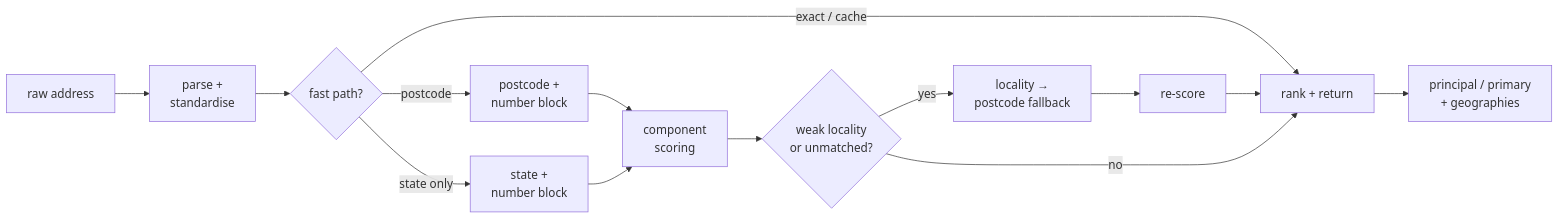
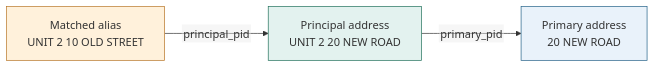
Before and after one commit to KyleHaynes/gnafr: the fourth of 5 diagrams in slides/gnafr-overview.qmd, drawn with Mermaid. The commit also changed other lines of this file and 38 other files, not shown here.

````diff
--- a/slides/gnafr-overview.qmd
+++ b/slides/gnafr-overview.qmd
@@ -301,16 +590,12 @@
 ```{mermaid}
-%%| fig-height: 5.0
-%%{init: {'themeVariables': {'fontSize': '17px'}}}%%
+%%| eval: true
+%%| echo: false
+%%| fig-height: 2.7
+%%{init: {'flowchart': {'htmlLabels': false}}}%%
 flowchart LR
-  A["raw address"] --> B["parse +<br/>standardise"]
-  B --> C{"fast path?"}
-  C -->|exact / cache| G["rank + return"]
-  C -->|postcode| D["postcode +<br/>number block"]
-  C -->|state only| E["state +<br/>number block"]
-  D --> F["component<br/>scoring"]
-  E --> F
-  F --> H{"weak locality<br/>or unmatched?"}
-  H -->|yes| I["locality →<br/>postcode fallback"] --> J["re-score"] --> G
-  H -->|no| G
-  G --> K["principal / primary<br/>+ geographies"]
+  A["Matched alias<br/>UNIT 2 10 OLD STREET"] -->|principal_pid| B["Principal address<br/>UNIT 2 20 NEW ROAD"]
+  B -->|primary_pid| C["Primary address<br/>20 NEW ROAD"]
+  style A fill:#fff1db,stroke:#b77526
+  style B fill:#e3f2ef,stroke:#21705b
+  style C fill:#e9f2fa,stroke:#236188
 ```
````
